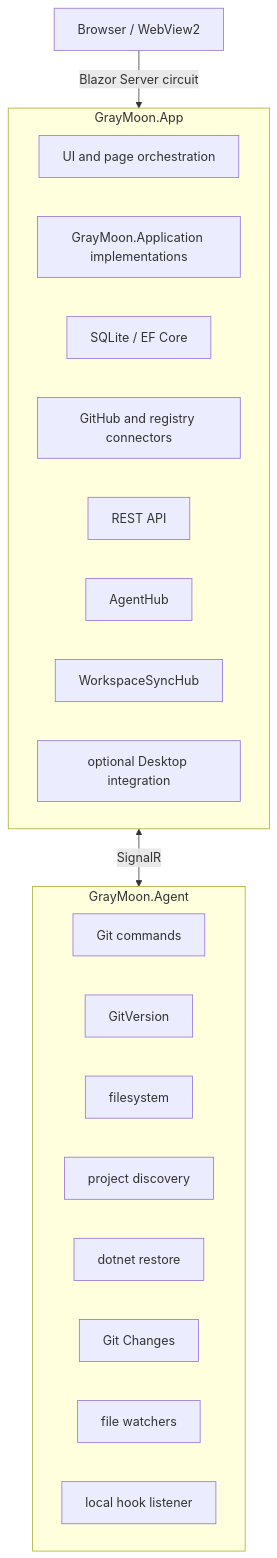
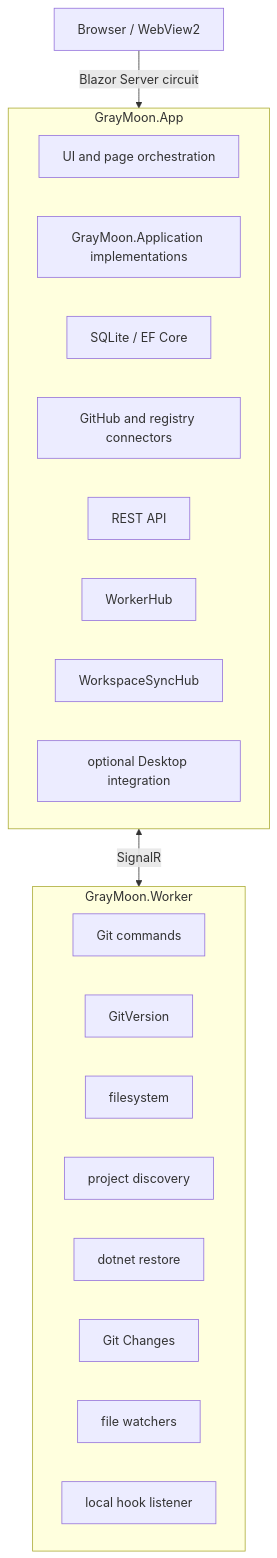
The first of 2 diagrams in docs/architecture/02-system-architecture.md (Jandini/GrayMoon), drawn with Mermaid before and after one commit. The commit also changed other lines of this file and 774 other files, not shown here.

Commit message:
Rename agent to worker (#383)

````diff
--- a/docs/architecture/02-system-architecture.md
+++ b/docs/architecture/02-system-architecture.md
@@ -7,29 +7,29 @@
 ```mermaid
 flowchart TB
   Browser["Browser / WebView2"]
   Browser -->|"Blazor Server circuit"| App
 
   subgraph App["GrayMoon.App"]
     UI["UI and page orchestration"]
     Appl["GrayMoon.Application implementations"]
     SQLite["SQLite / EF Core"]
     Conn["GitHub and registry connectors"]
     REST["REST API"]
-    AgentHub["AgentHub"]
+    WorkerHub["WorkerHub"]
     SyncHub["WorkspaceSyncHub"]
     DesktopOpt["optional Desktop integration"]
   end
 
-  subgraph Agent["GrayMoon.Agent"]
+  subgraph Worker["GrayMoon.Worker"]
     GitCmd["Git commands"]
     GitVer["GitVersion"]
     Filesys["filesystem"]
     Discover["project discovery"]
     Dotnet["dotnet restore"]
     GitChg["Git Changes"]
     Watch["file watchers"]
     HookL["local hook listener"]
   end
 
-  App <-->|"SignalR"| Agent
+  App <-->|"SignalR"| Worker
 ```
````
